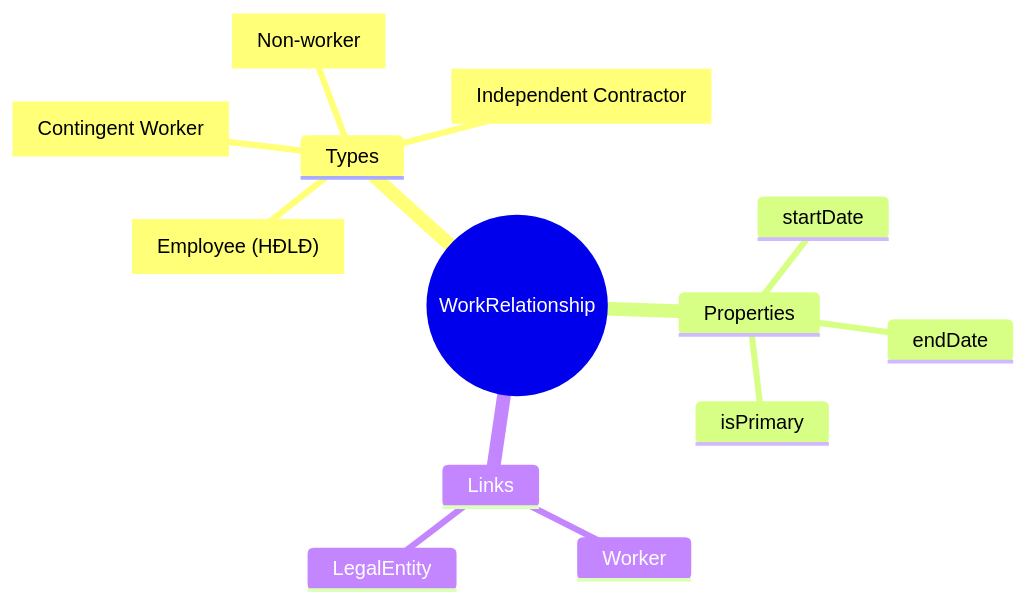
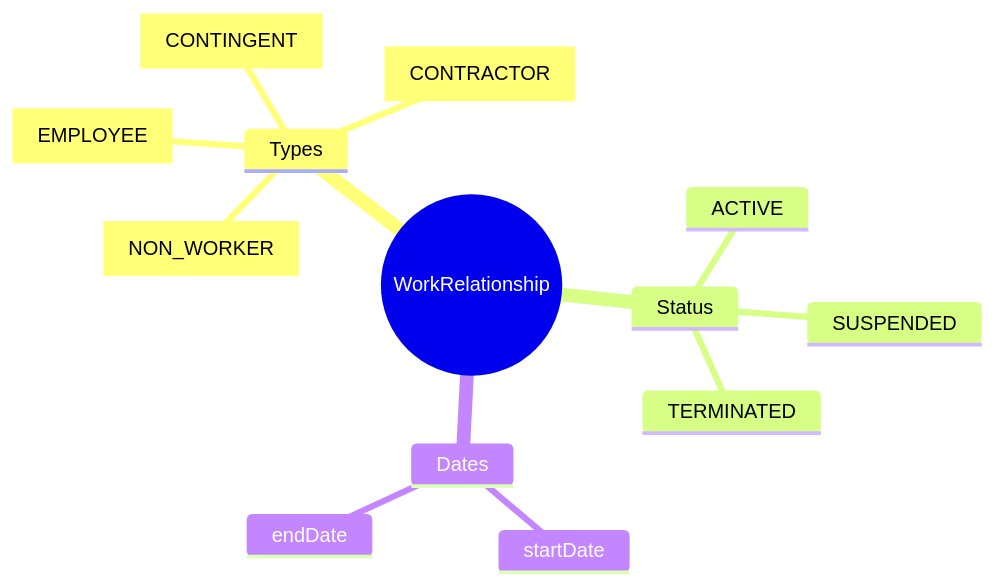
The first of 3 diagrams in docs/01-modules/CO/00-ontology/domain/work-relationship/work-relationship.onto.md (a4b-corporation/xTalent), drawn with Mermaid before and after one commit. The commit also changed other lines of this file, not shown here.

````diff
--- a/docs/01-modules/CO/00-ontology/domain/work-relationship/work-relationship.onto.md
+++ b/docs/01-modules/CO/00-ontology/domain/work-relationship/work-relationship.onto.md
@@ -146,16 +152,16 @@
 ```mermaid
 mindmap
   root((WorkRelationship))
     Types
-      EMPLOYEE["Employee (HĐLĐ)"]
-      CONTINGENT["Contingent Worker"]
-      CONTRACTOR["Independent Contractor"]
-      NON_WORKER["Non-worker"]
-    Properties
+      EMPLOYEE["EMPLOYEE"]
+      CONTINGENT["CONTINGENT"]
+      CONTRACTOR["CONTRACTOR"]
+      NON_WORKER["NON_WORKER"]
+    Status
+      ACTIVE
+      SUSPENDED
+      TERMINATED
+    Dates
       startDate
       endDate
-      isPrimary
-    Links
-      Worker
-      LegalEntity
 ```
````
